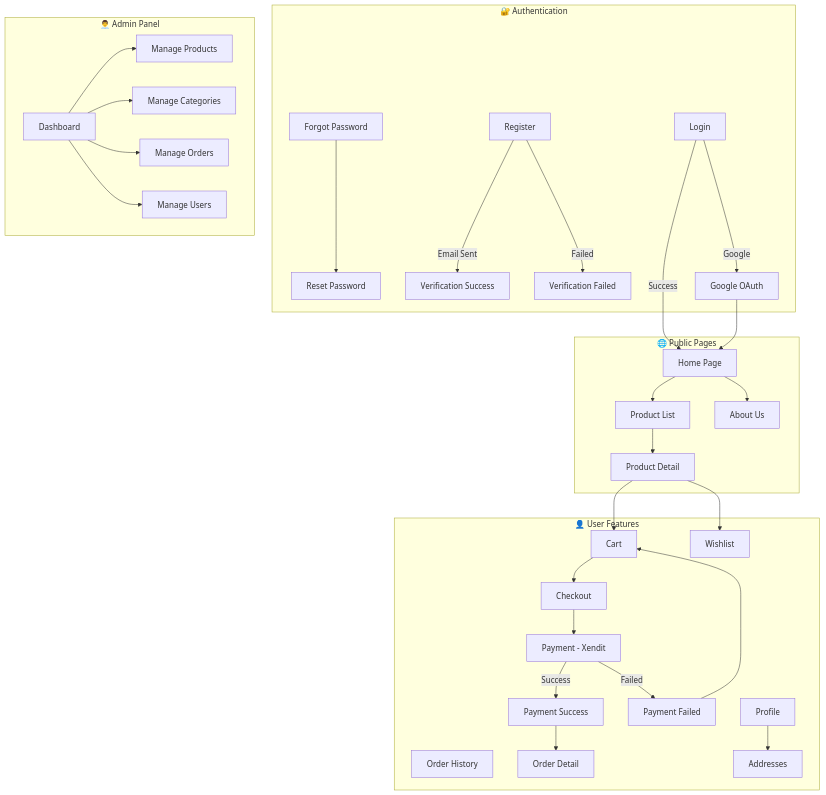
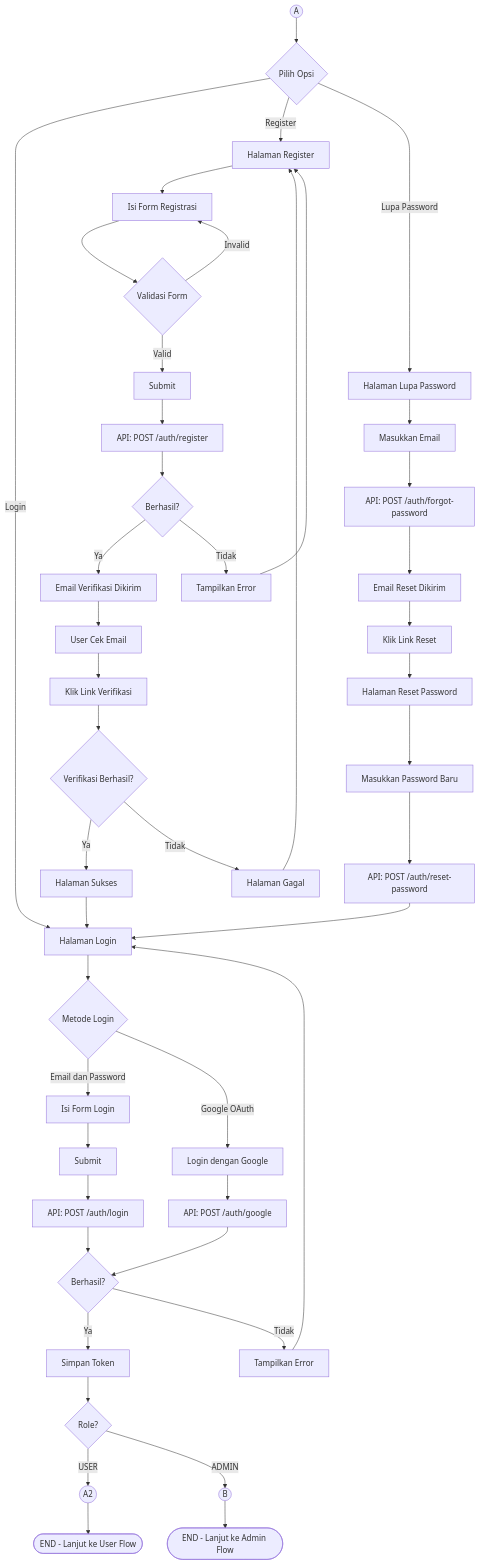
One commit to Wannzh/greeceri-store-fe changed the second of 7 diagrams in FLOWCHART.md. Above: the diagram before and after it, drawn with Mermaid. The commit also changed other lines of this file and 1 other file, not shown here.

Commit message:
Update flowchart with complete application flow and connectors

````diff
--- a/FLOWCHART.md
+++ b/FLOWCHART.md
@@ -5,72 +40,61 @@
 ```mermaid
 flowchart TD
-    subgraph Public["🌐 Public Pages"]
-        HOME[Home Page]
-        PRODUCTS[Product List]
-        DETAIL[Product Detail]
-        ABOUT[About Us]
-    end
+    AUTH_START((A)) --> AUTH_PAGE{Pilih Opsi}
 
-    subgraph Auth["🔐 Authentication"]
-        LOGIN[Login]
-        REGISTER[Register]
-        FORGOT[Forgot Password]
-        RESET[Reset Password]
-        VERIFY_SUCCESS[Verification Success]
-        VERIFY_FAIL[Verification Failed]
-        GOOGLE[Google OAuth]
-    end
+    AUTH_PAGE -->|Login| LOGIN[Halaman Login]
+    AUTH_PAGE -->|Register| REGISTER[Halaman Register]
+    AUTH_PAGE -->|Lupa Password| FORGOT[Halaman Lupa Password]
 
-    subgraph User["👤 User Features"]
-        CART[Cart]
-        CHECKOUT[Checkout]
-        PAYMENT[Payment - Xendit]
-        PAY_SUCCESS[Payment Success]
-        PAY_FAIL[Payment Failed]
-        ORDERS[Order History]
-        ORDER_DETAIL[Order Detail]
-        WISHLIST[Wishlist]
-        PROFILE[Profile]
-        ADDRESSES[Addresses]
-    end
+    %% Login Flow
+    LOGIN --> LOGIN_METHOD{Metode Login}
+    LOGIN_METHOD -->|Email dan Password| LOGIN_FORM[Isi Form Login]
+    LOGIN_METHOD -->|Google OAuth| GOOGLE[Login dengan Google]
 
-    subgraph Admin["👨‍💼 Admin Panel"]
-        DASHBOARD[Dashboard]
-        ADMIN_PRODUCTS[Manage Products]
-        ADMIN_CATEGORIES[Manage Categories]
-        ADMIN_ORDERS[Manage Orders]
-        ADMIN_USERS[Manage Users]
-    end
+    LOGIN_FORM --> LOGIN_SUBMIT[Submit]
+    LOGIN_SUBMIT --> LOGIN_API["API: POST /auth/login"]
+    LOGIN_API --> LOGIN_CHECK{Berhasil?}
 
-    %% Public Flow
-    HOME --> PRODUCTS
-    HOME --> ABOUT
-    PRODUCTS --> DETAIL
-    DETAIL --> CART
+    LOGIN_CHECK -->|Ya| SAVE_TOKEN[Simpan Token]
+    LOGIN_CHECK -->|Tidak| LOGIN_ERROR[Tampilkan Error]
+    LOGIN_ERROR --> LOGIN
 
-    %% Auth Flow
-    LOGIN --> |Success| HOME
-    LOGIN --> |Google| GOOGLE
-    GOOGLE --> HOME
-    REGISTER --> |Email Sent| VERIFY_SUCCESS
-    REGISTER --> |Failed| VERIFY_FAIL
-    FORGOT --> RESET
+    GOOGLE --> GOOGLE_API["API: POST /auth/google"]
+    GOOGLE_API --> LOGIN_CHECK
 
-    %% User Shopping Flow
-    CART --> CHECKOUT
-    CHECKOUT --> PAYMENT
-    PAYMENT --> |Success| PAY_SUCCESS
-    PAYMENT --> |Failed| PAY_FAIL
-    PAY_SUCCESS --> ORDER_DETAIL
-    PAY_FAIL --> CART
+    SAVE_TOKEN --> REDIRECT_ROLE{Role?}
+    REDIRECT_ROLE -->|USER| TO_USER((A2))
+    REDIRECT_ROLE -->|ADMIN| TO_ADMIN((B))
 
-    %% User Account
-    PROFILE --> ADDRESSES
-    DETAIL --> WISHLIST
+    %% Register Flow
+    REGISTER --> REG_FORM[Isi Form Registrasi]
+    REG_FORM --> REG_VALIDATE{Validasi Form}
+    REG_VALIDATE -->|Valid| REG_SUBMIT[Submit]
+    REG_VALIDATE -->|Invalid| REG_FORM
 
-    %% Admin Flow
-    DASHBOARD --> ADMIN_PRODUCTS
-    DASHBOARD --> ADMIN_CATEGORIES
-    DASHBOARD --> ADMIN_ORDERS
-    DASHBOARD --> ADMIN_USERS
+    REG_SUBMIT --> REG_API["API: POST /auth/register"]
+    REG_API --> REG_CHECK{Berhasil?}
+    REG_CHECK -->|Ya| EMAIL_SENT[Email Verifikasi Dikirim]
+    REG_CHECK -->|Tidak| REG_ERROR[Tampilkan Error]
+    REG_ERROR --> REGISTER
+
+    EMAIL_SENT --> WAIT_VERIFY[User Cek Email]
+    WAIT_VERIFY --> CLICK_LINK[Klik Link Verifikasi]
+    CLICK_LINK --> VERIFY_CHECK{Verifikasi Berhasil?}
+    VERIFY_CHECK -->|Ya| VERIFY_SUCCESS[Halaman Sukses]
+    VERIFY_CHECK -->|Tidak| VERIFY_FAIL[Halaman Gagal]
+    VERIFY_SUCCESS --> LOGIN
+    VERIFY_FAIL --> REGISTER
+
+    %% Forgot Password Flow
+    FORGOT --> FORGOT_FORM[Masukkan Email]
+    FORGOT_FORM --> FORGOT_API["API: POST /auth/forgot-password"]
+    FORGOT_API --> RESET_EMAIL[Email Reset Dikirim]
+    RESET_EMAIL --> CLICK_RESET[Klik Link Reset]
+    CLICK_RESET --> RESET_PAGE[Halaman Reset Password]
+    RESET_PAGE --> NEW_PASS[Masukkan Password Baru]
+    NEW_PASS --> RESET_API["API: POST /auth/reset-password"]
+    RESET_API --> LOGIN
+
+    TO_USER --> END_AUTH([END - Lanjut ke User Flow])
+    TO_ADMIN --> END_AUTH_ADMIN([END - Lanjut ke Admin Flow])
 ```
````
